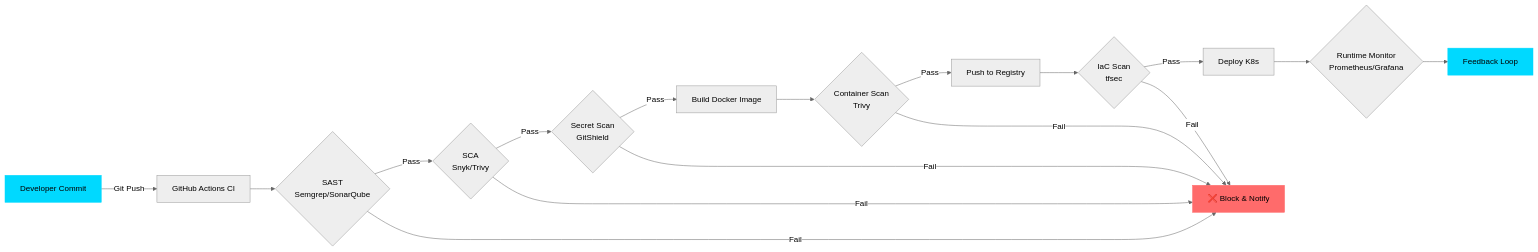
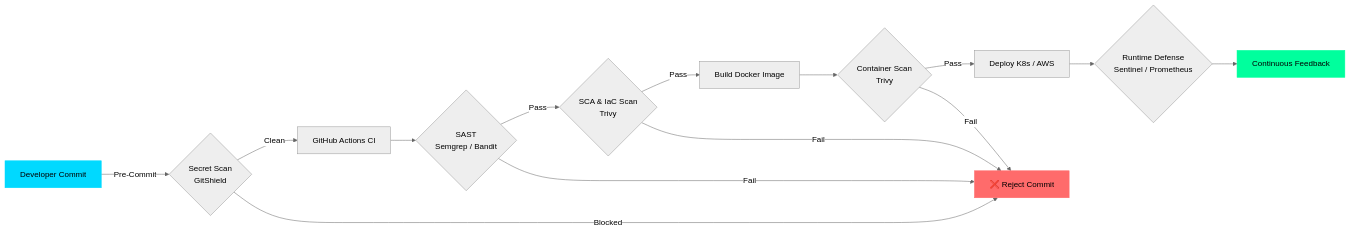
Before and after one commit to NejamulHaque/NejamulHaque: the diagram in README.md, drawn with Mermaid (neutral theme). The commit also changed other lines of this file, not shown here.

````diff
--- a/README.md
+++ b/README.md
@@ -164,23 +171,20 @@
 ```mermaid
 graph LR
-    A[Developer Commit] -->|Git Push| B[GitHub Actions CI]
-    B --> C{SAST<br/>Semgrep/SonarQube}
-    C -->|Pass| D{SCA<br/>Snyk/Trivy}
-    D -->|Pass| E{Secret Scan<br/>GitShield}
+    A[Developer Commit] -->|Pre-Commit| B{Secret Scan<br/>GitShield}
+    B -->|Clean| C[GitHub Actions CI]
+    C --> D{SAST<br/>Semgrep / Bandit}
+    D -->|Pass| E{SCA & IaC Scan<br/>Trivy}
     E -->|Pass| F[Build Docker Image]
     F --> G{Container Scan<br/>Trivy}
-    G -->|Pass| H[Push to Registry]
-    H --> I{IaC Scan<br/>tfsec}
-    I -->|Pass| J[Deploy K8s]
-    J --> K{Runtime Monitor<br/>Prometheus/Grafana}
-    K --> L[Feedback Loop]
-    C -->|Fail| M[❌ Block & Notify]
-    D -->|Fail| M
-    E -->|Fail| M
-    G -->|Fail| M
-    I -->|Fail| M
-    
+    G -->|Pass| H[Deploy K8s / AWS]
+    H --> I{Runtime Defense<br/>Sentinel / Prometheus}
+    I --> J[Continuous Feedback]
+    B -->|Blocked| K[❌ Reject Commit]
+    D -->|Fail| K
+    E -->|Fail| K
+    G -->|Fail| K
+
     style A fill:#00D9FF,stroke:#00D9FF,color:#000
-    style L fill:#00D9FF,stroke:#00D9FF,color:#000
-    style M fill:#FF6B6B,stroke:#FF6B6B,color:#000
+    style J fill:#00FF9D,stroke:#00FF9D,color:#000
+    style K fill:#FF6B6B,stroke:#FF6B6B,color:#000
 ```
````
